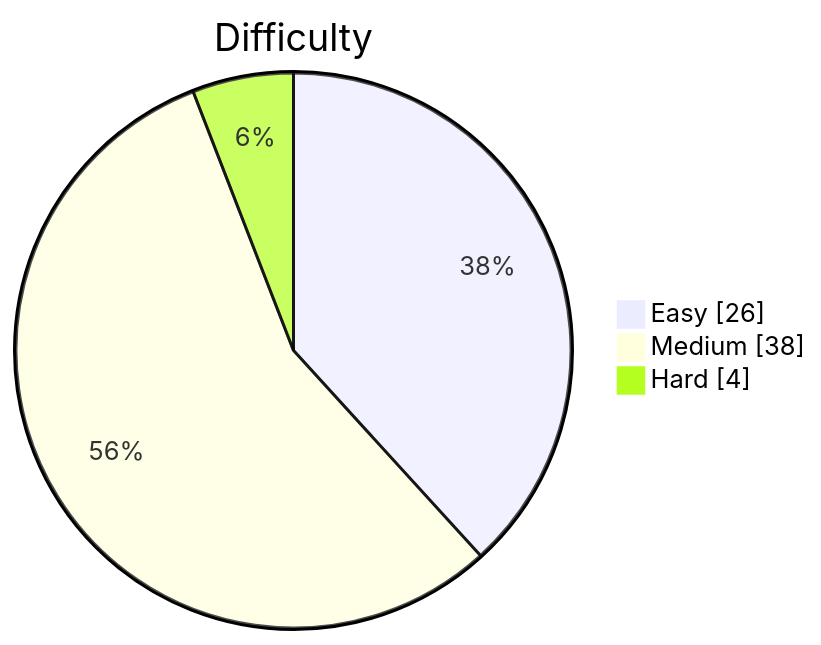
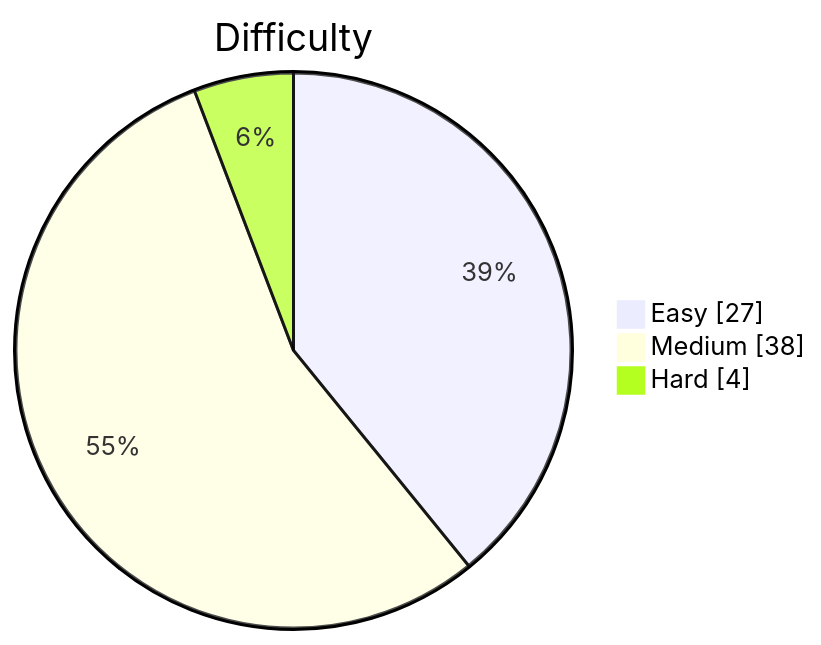
Before and after one commit to kevstevie/python-algo-practice: the diagram in README.md, drawn with Mermaid. The commit also changed other lines of this file, not shown here.

````diff
--- a/README.md
+++ b/README.md
@@ -13,7 +13,7 @@
 ```mermaid
 pie showData
     title Difficulty
-    "Easy"   : 26
+    "Easy"   : 27
     "Medium" : 38
     "Hard"   : 4
 ```
````
